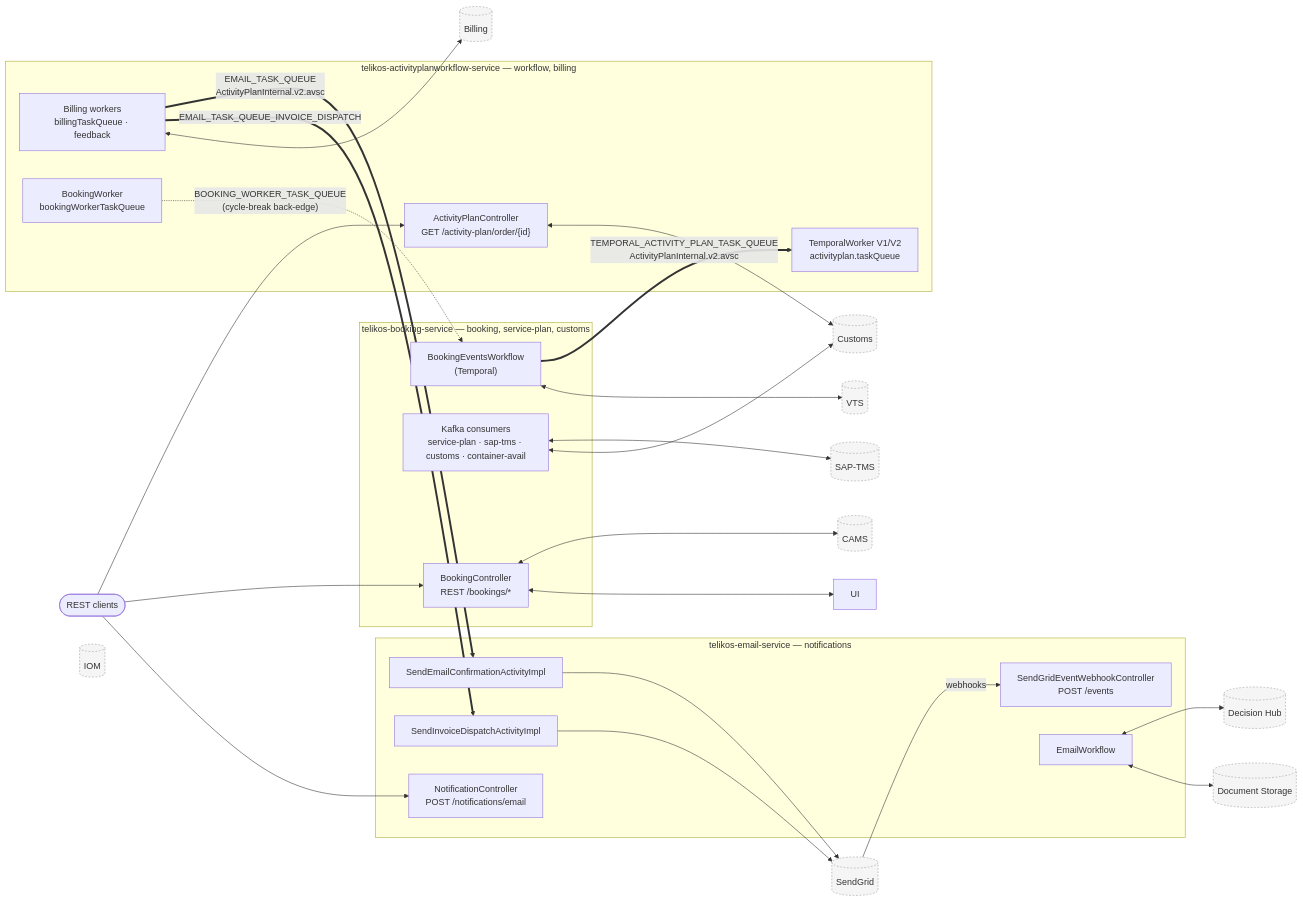
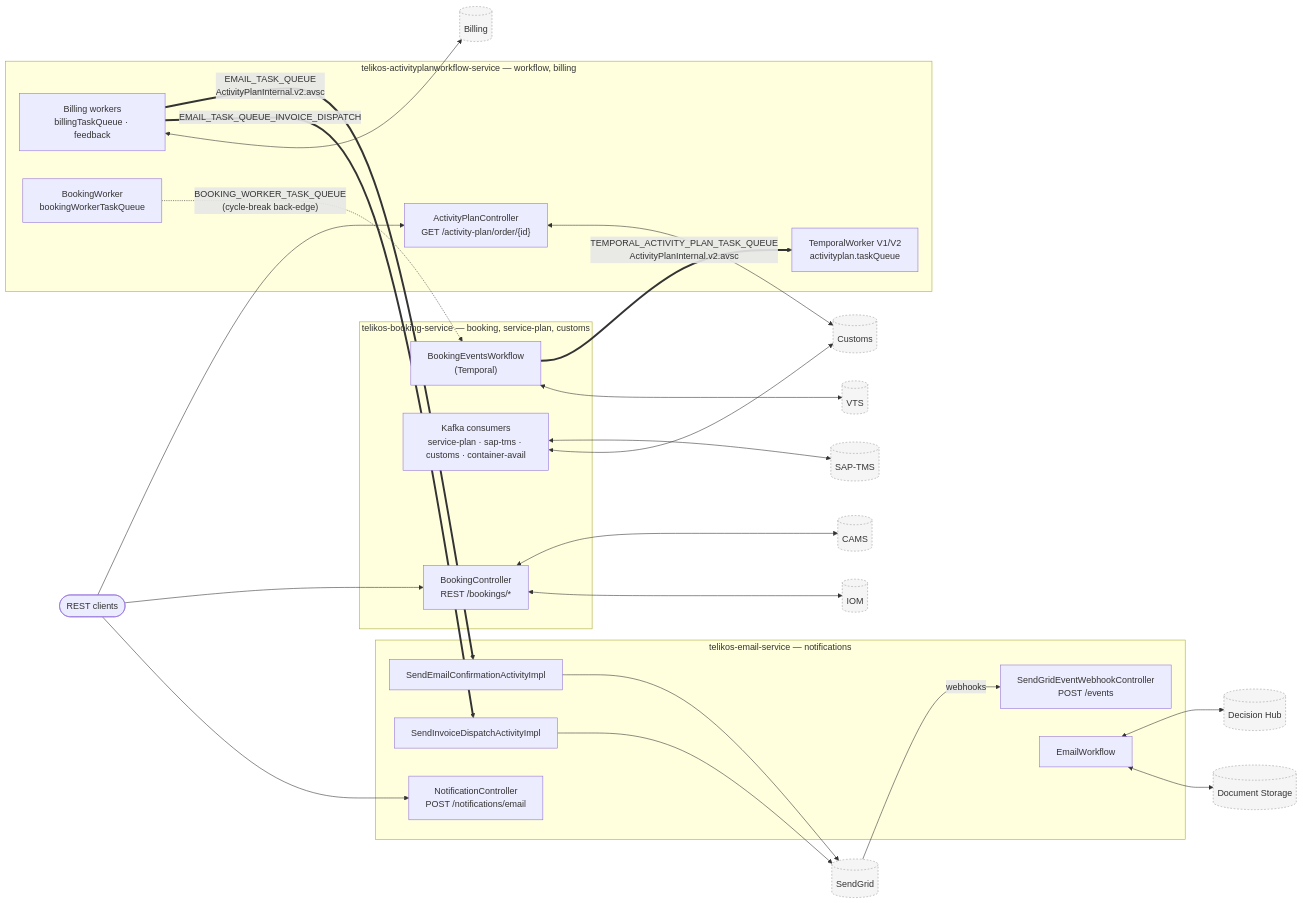
Before and after one commit to Arunk540/booking-workspace: the first of 2 diagrams in .contmark/diagrams.md, drawn with Mermaid.

Commit message:
fix: update B_REST connection reference in diagrams.md

````diff
--- a/.contmark/diagrams.md
+++ b/.contmark/diagrams.md
@@ -25,62 +25,62 @@
 ```mermaid
 flowchart LR
   Client([REST clients])
 
   subgraph BOOK["telikos-booking-service — booking, service-plan, customs"]
     B_REST["BookingController<br/>REST /bookings/*"]
     B_KAFKA["Kafka consumers<br/>service-plan · sap-tms · customs · container-avail"]
     B_WF["BookingEventsWorkflow<br/>(Temporal)"]
   end
 
   subgraph AP["telikos-activityplanworkflow-service — workflow, billing"]
     AP_REST["ActivityPlanController<br/>GET /activity-plan/order/{id}"]
     AP_WF["TemporalWorker V1/V2<br/>activityplan.taskQueue"]
     AP_BILL["Billing workers<br/>billingTaskQueue · feedback"]
     AP_BKWK["BookingWorker<br/>bookingWorkerTaskQueue"]
   end
 
   subgraph EMAIL["telikos-email-service — notifications"]
     E_REST["NotificationController<br/>POST /notifications/email"]
     E_HOOK["SendGridEventWebhookController<br/>POST /events"]
     E_CONF["SendEmailConfirmationActivityImpl"]
     E_INV["SendInvoiceDispatchActivityImpl"]
     E_WF["EmailWorkflow"]
   end
 
   %% external systems
   SAPTMS[(SAP-TMS)]:::ext
   CAMS[(CAMS)]:::ext
   CUSTOMS[(Customs)]:::ext
   IOM[(IOM)]:::ext
   VTS[(VTS)]:::ext
   BILLING[(Billing)]:::ext
   SENDGRID[(SendGrid)]:::ext
   DHUB[(Decision Hub)]:::ext
   DOCS[(Document Storage)]:::ext
 
   Client --> B_REST
   Client --> AP_REST
   Client --> E_REST
   SENDGRID -->|webhooks| E_HOOK
 
   %% cross-repo temporal-signal contracts (from _global_links.json)
   B_WF ==>|"TEMPORAL_ACTIVITY_PLAN_TASK_QUEUE<br/>ActivityPlanInternal.v2.avsc"| AP_WF
   AP_BILL ==>|"EMAIL_TASK_QUEUE<br/>ActivityPlanInternal.v2.avsc"| E_CONF
   AP_BILL ==>|"EMAIL_TASK_QUEUE_INVOICE_DISPATCH"| E_INV
   AP_BKWK -.->|"BOOKING_WORKER_TASK_QUEUE<br/>(cycle-break back-edge)"| B_WF
 
   %% external integrations
   B_KAFKA <--> SAPTMS
   B_REST <--> CAMS
   B_KAFKA <--> CUSTOMS
-  B_REST <--> UI
+  B_REST <--> IOM
   B_WF <--> VTS
   AP_BILL <--> BILLING
   AP_REST <--> CUSTOMS
   E_CONF --> SENDGRID
   E_INV --> SENDGRID
   E_WF <--> DHUB
   E_WF <--> DOCS
 
   classDef ext fill:#f5f5f5,stroke:#999,stroke-dasharray:3 3,color:#333;
 ```
````
